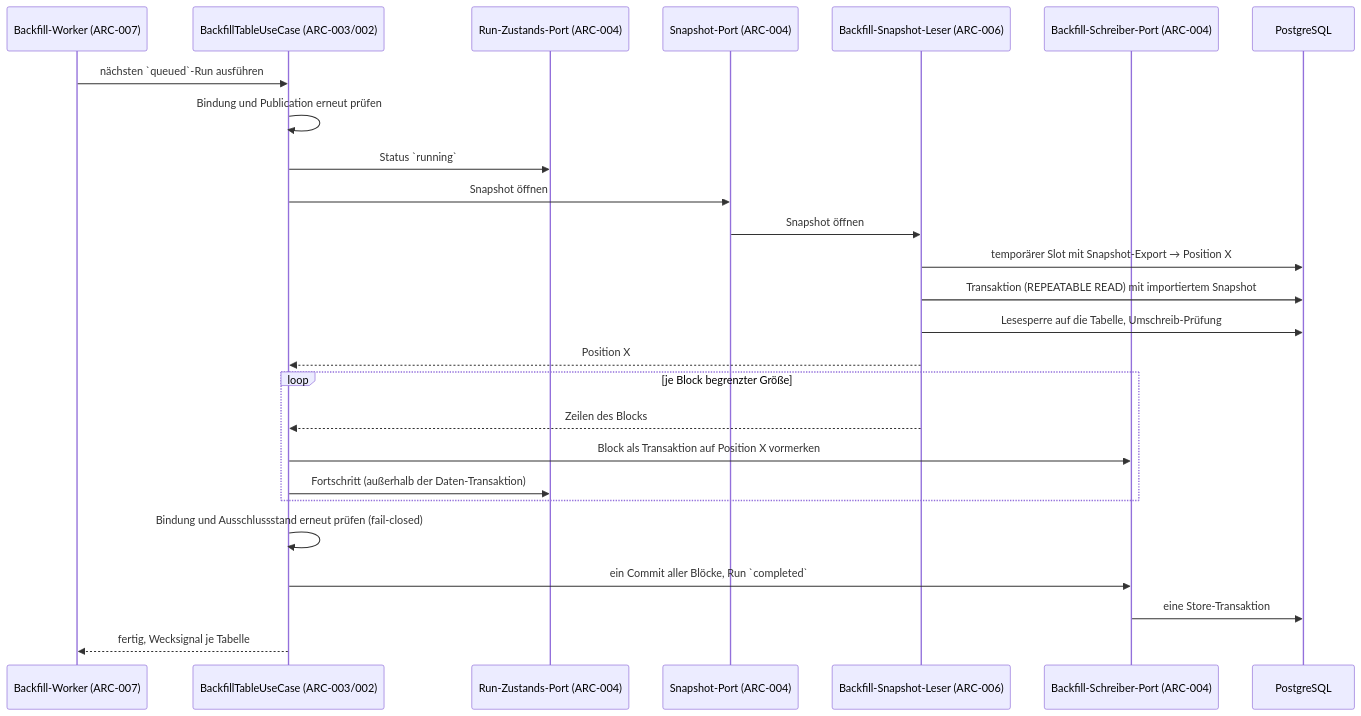
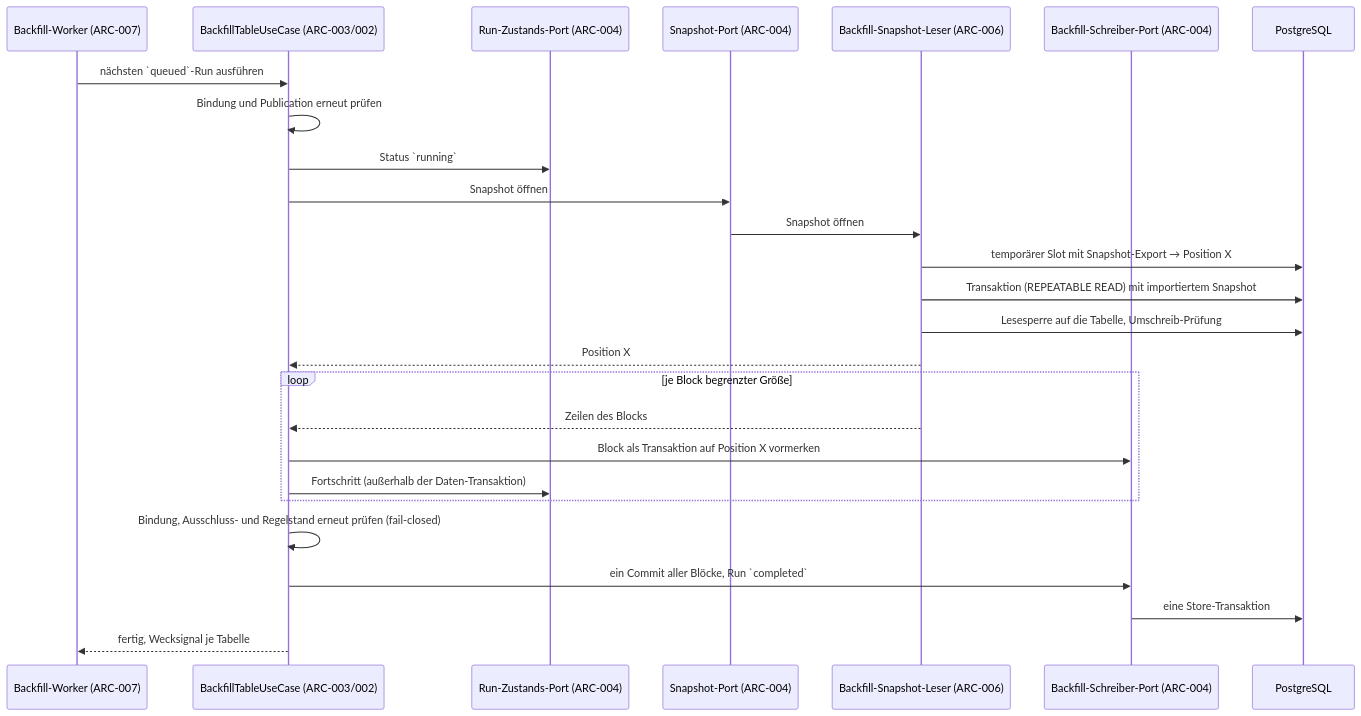
One commit to pt9912/pg-change-feed changed the tenth of 10 diagrams in spec/architecture.md. Above: the diagram before and after it, drawn with Mermaid. The commit also changed other lines of this file and 1 other file, not shown here.

First line of the commit message:
docs(spec): Transformationen im Pflichtenheft und in der Architektur-Sicht, Regelform, Antragsarten, Fehlerklasse schema (LH-FA-CFG-007, ADR-0112, ADR-0117)

````diff
--- a/spec/architecture.md
+++ b/spec/architecture.md
@@ -340,29 +359,29 @@
 ```mermaid
 sequenceDiagram
     participant W as Backfill-Worker (ARC-007)
     participant BUC as BackfillTableUseCase (ARC-003/002)
     participant RZP as Run-Zustands-Port (ARC-004)
     participant SP as Snapshot-Port (ARC-004)
     participant SA as Backfill-Snapshot-Leser (ARC-006)
     participant BW as Backfill-Schreiber-Port (ARC-004)
     participant PG as PostgreSQL
 
     W->>BUC: nächsten `queued`-Run ausführen
     BUC->>BUC: Bindung und Publication erneut prüfen
     BUC->>RZP: Status `running`
     BUC->>SP: Snapshot öffnen
     SP->>SA: Snapshot öffnen
     SA->>PG: temporärer Slot mit Snapshot-Export → Position X
     SA->>PG: Transaktion (REPEATABLE READ) mit importiertem Snapshot
     SA->>PG: Lesesperre auf die Tabelle, Umschreib-Prüfung
     SA-->>BUC: Position X
     loop je Block begrenzter Größe
         SA-->>BUC: Zeilen des Blocks
         BUC->>BW: Block als Transaktion auf Position X vormerken
         BUC->>RZP: Fortschritt (außerhalb der Daten-Transaktion)
     end
-    BUC->>BUC: Bindung und Ausschlussstand erneut prüfen (fail-closed)
+    BUC->>BUC: Bindung, Ausschluss- und Regelstand erneut prüfen (fail-closed)
     BUC->>BW: ein Commit aller Blöcke, Run `completed`
     BW->>PG: eine Store-Transaktion
     BUC-->>W: fertig, Wecksignal je Tabelle
 ```
````
